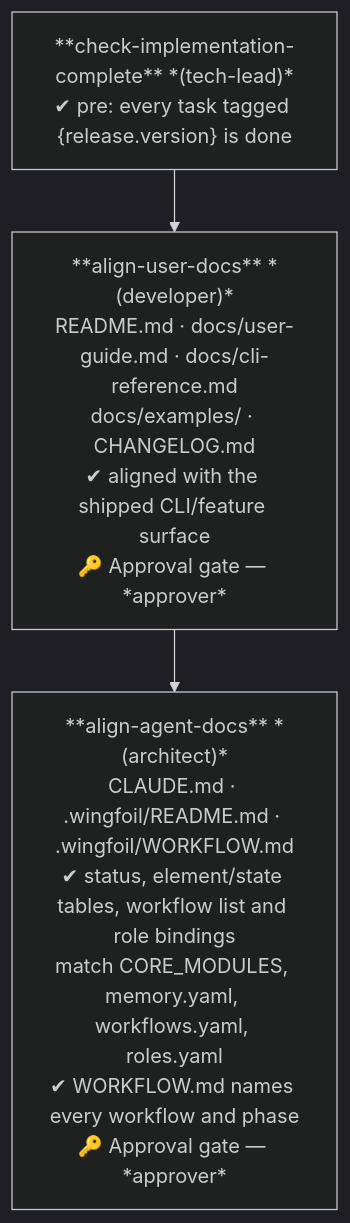
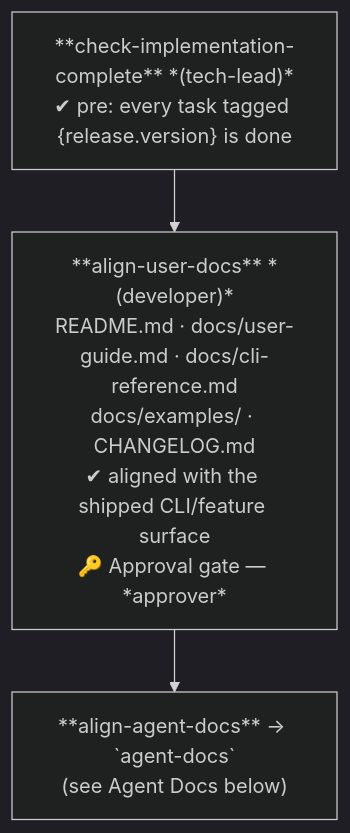
Before and after one commit to wingfoil/wingfoil: diagram 11 of 24 in .wingfoil/WORKFLOW.md, drawn with Mermaid (dark theme). The commit also changed other lines of this file and 18 other files, not shown here.

````diff
--- a/.wingfoil/WORKFLOW.md
+++ b/.wingfoil/WORKFLOW.md
@@ -271,8 +273,8 @@
 ```mermaid
 flowchart TD
     CI["**check-implementation-complete** *(tech-lead)*\n✔ pre: every task tagged {release.version} is done"]
     AU["**align-user-docs** *(developer)*\nREADME.md · docs/user-guide.md · docs/cli-reference.md\ndocs/examples/ · CHANGELOG.md\n✔ aligned with the shipped CLI/feature surface\n🔑 Approval gate — *approver*"]
-    AA["**align-agent-docs** *(architect)*\nCLAUDE.md · .wingfoil/README.md · .wingfoil/WORKFLOW.md\n✔ status, element/state tables, workflow list and role bindings\nmatch CORE_MODULES, memory.yaml, workflows.yaml, roles.yaml\n✔ WORKFLOW.md names every workflow and phase\n🔑 Approval gate — *approver*"]
+    AA["**align-agent-docs** → `agent-docs`\n(see Agent Docs below)"]
 
     CI --> AU --> AA
 ```
````
